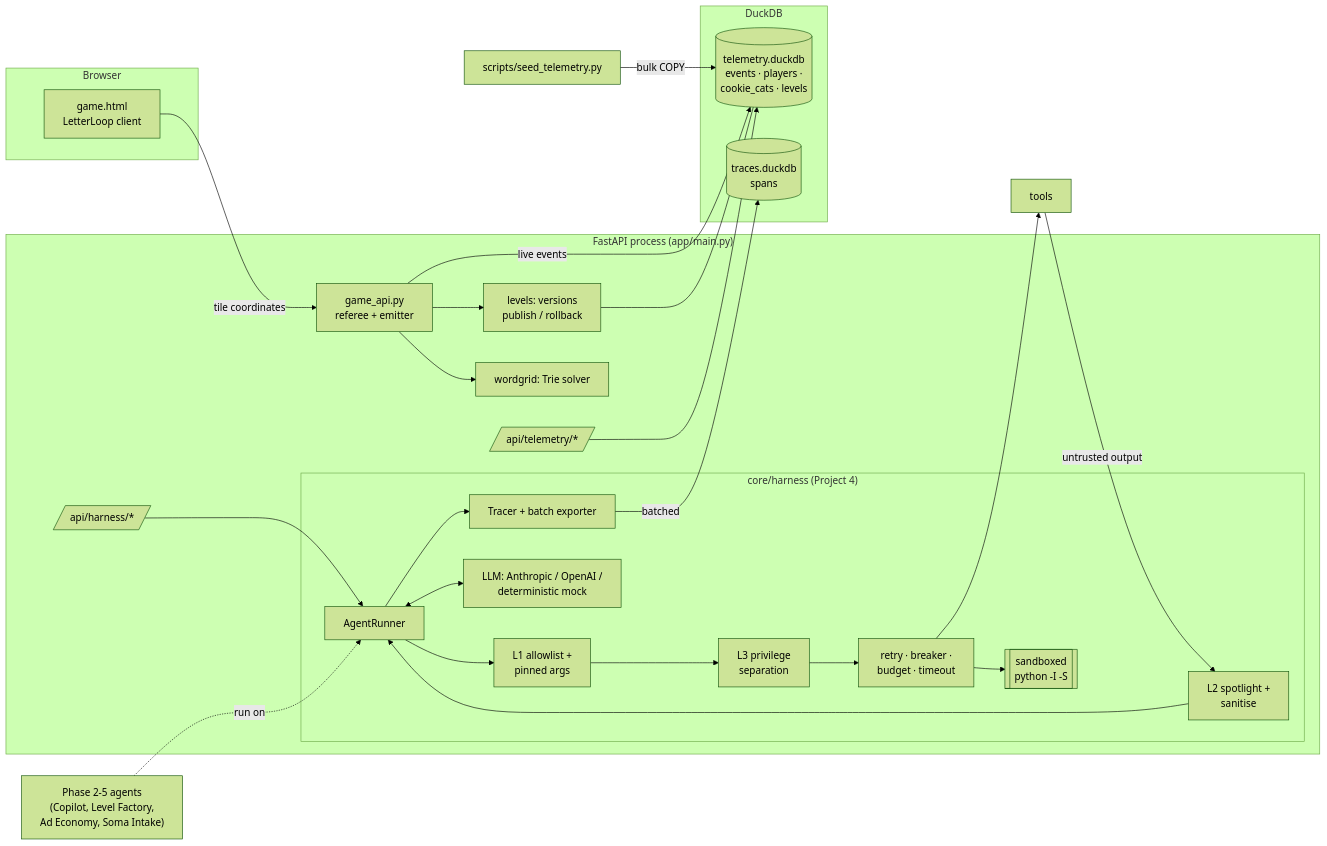
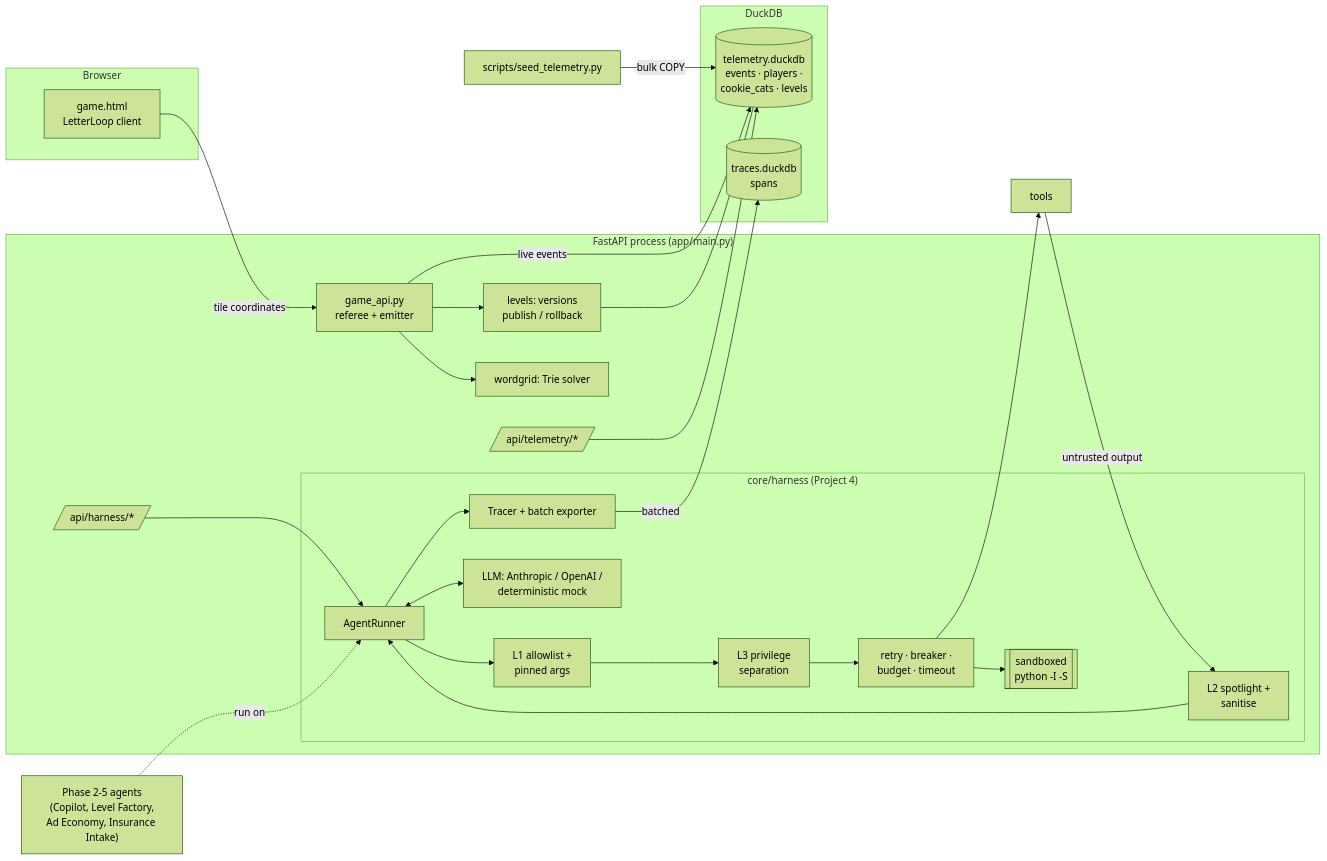
Before and after one commit to akshitsubudhi/wordforge-agents: the first of 3 diagrams in docs/ARCHITECTURE.md, drawn with Mermaid (forest theme). The commit also changed other lines of this file and 25 other files, not shown here.

First line of the commit message:
Rename the Soma intake project to Insurance Intake everywhere

````diff
--- a/docs/ARCHITECTURE.md
+++ b/docs/ARCHITECTURE.md
@@ -67,41 +67,41 @@
 ```mermaid
 flowchart LR
     subgraph Browser
         G[game.html<br/>LetterLoop client]
     end
     subgraph FastAPI["FastAPI process (app/main.py)"]
         API[game_api.py<br/>referee + emitter]
         TAPI[/api/telemetry/*/]
         HAPI[/api/harness/*/]
         subgraph Harness["core/harness (Project 4)"]
             R[AgentRunner]
             L1[L1 allowlist +<br/>pinned args]
             L3[L3 privilege<br/>separation]
             L2[L2 spotlight +<br/>sanitise]
             RES[retry · breaker ·<br/>budget · timeout]
             SBX[[sandboxed<br/>python -I -S]]
             LLM[LLM: Anthropic / OpenAI /<br/>deterministic mock]
             TR[Tracer + batch exporter]
         end
         WG[wordgrid: Trie solver]
         LV[levels: versions<br/>publish / rollback]
     end
     subgraph DuckDB
         TDB[(telemetry.duckdb<br/>events · players ·<br/>cookie_cats · levels)]
         SDB[(traces.duckdb<br/>spans)]
     end
     SEED[scripts/seed_telemetry.py] -->|bulk COPY| TDB
     G -- tile coordinates --> API
     API --> WG
     API --> LV
     API -- live events --> TDB
     LV --- TDB
     TAPI --> TDB
     HAPI --> R
     R --> L1 --> L3 --> RES --> TOOLS[tools]
     TOOLS -- untrusted output --> L2 --> R
     R <--> LLM
     RES --> SBX
     R --> TR -- batched --> SDB
-    AG["Phase 2-5 agents<br/>(Copilot, Level Factory,<br/>Ad Economy, Soma Intake)"] -.run on.-> R
+    AG["Phase 2-5 agents<br/>(Copilot, Level Factory,<br/>Ad Economy, Insurance Intake)"] -.run on.-> R
 ```
````
